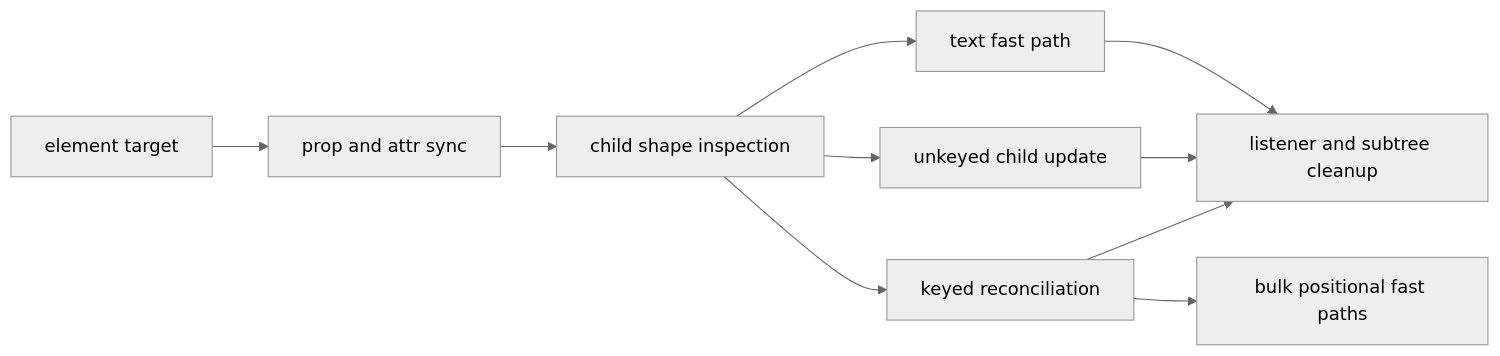
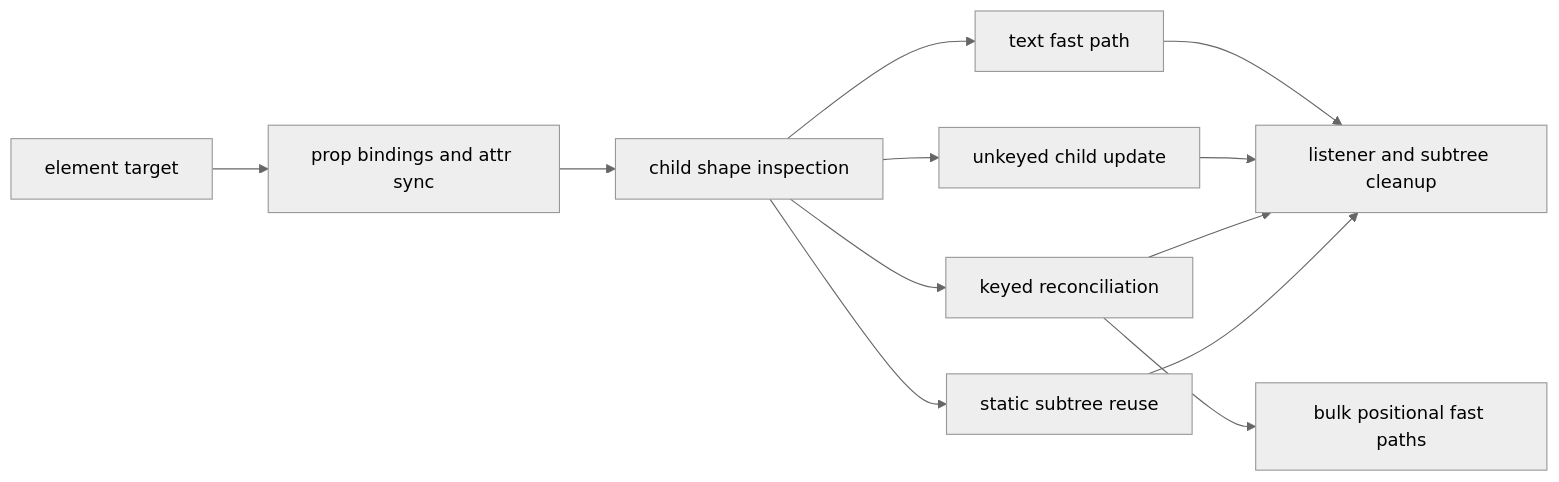
The fifth of 7 diagrams in docs/internals/renderer-pipeline.md (askrjs/askr), drawn with Mermaid (neutral theme) before and after one commit. The commit also changed other lines of this file and 154 other files, not shown here.

First line of the commit message:
Add direct audit coverage for architecture cleanup (#54)

````diff
--- a/docs/internals/renderer-pipeline.md
+++ b/docs/internals/renderer-pipeline.md
@@ -74,21 +139,24 @@
 ```mermaid
 flowchart LR
   domNode[element target]
-  props[prop and attr sync]
+  props[prop bindings and attr sync]
   childShape[child shape inspection]
   text[text fast path]
   unkeyed[unkeyed child update]
   keyed[keyed reconciliation]
+  staticReuse[static subtree reuse]
   bulk[bulk positional fast paths]
   cleanup[listener and subtree cleanup]
 
   domNode --> props
   props --> childShape
   childShape --> text
   childShape --> unkeyed
   childShape --> keyed
+  childShape --> staticReuse
   keyed --> bulk
   text --> cleanup
   unkeyed --> cleanup
   keyed --> cleanup
+  staticReuse --> cleanup
 ```
````
